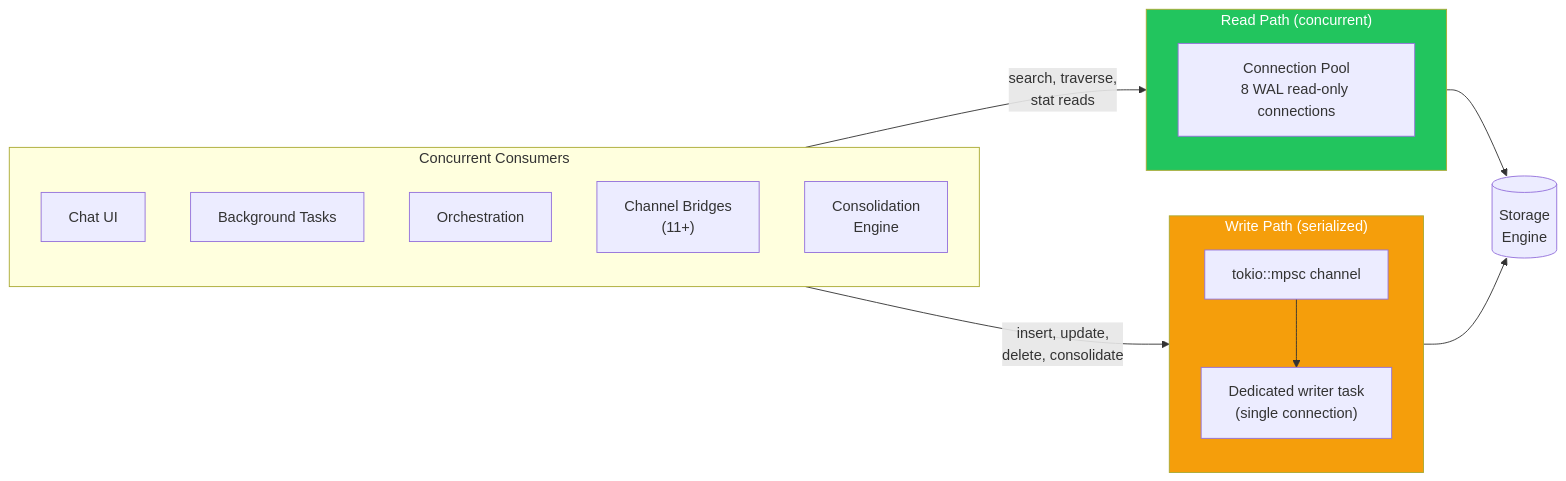
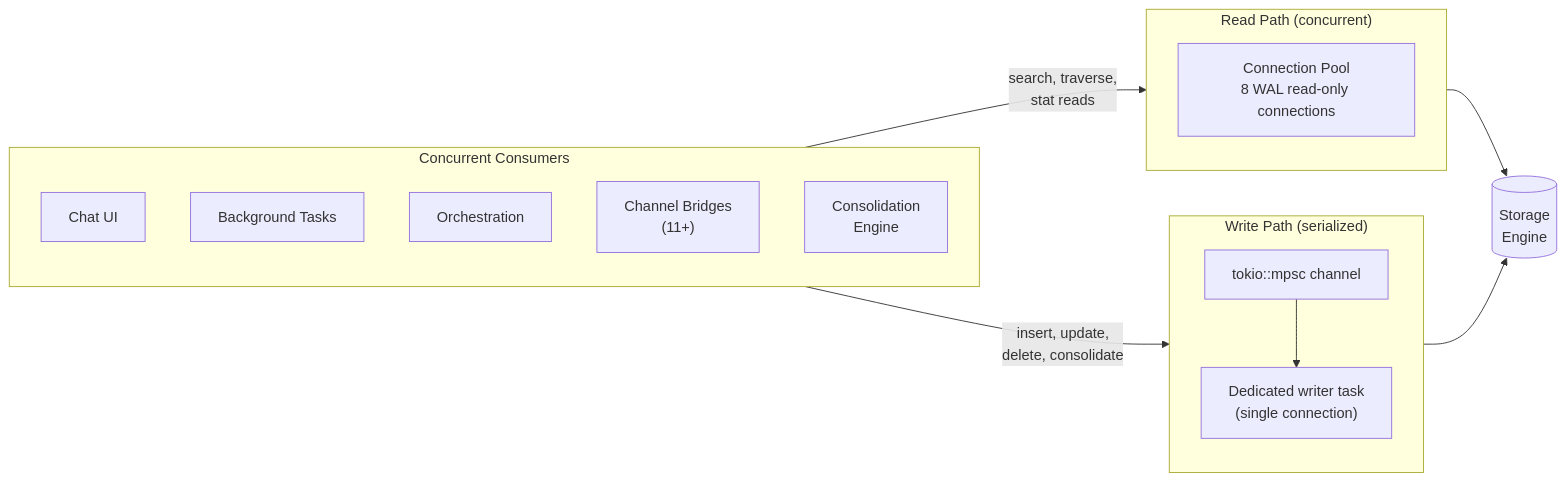
Before and after one commit to elisplash/paw: diagram 15 of 18 in ENGRAM.md, drawn with Mermaid. The commit also changed other lines of this file, not shown here.

Commit message:
docs: add mermaid diagrams throughout ENGRAM.md for visual improvement

````diff
--- a/ENGRAM.md
+++ b/ENGRAM.md
@@ -1203,31 +1175,29 @@
 ```mermaid
 flowchart LR
     subgraph Consumers["Concurrent Consumers"]
         direction TB
         C1["Chat UI"]
         C2["Background Tasks"]
         C3["Orchestration"]
         C4["Channel Bridges\n(11+)"]
         C5["Consolidation\nEngine"]
     end
 
     subgraph ReadPath["Read Path (concurrent)"]
         direction TB
         RP["Connection Pool\n8 WAL read-only connections"]
     end
 
     subgraph WritePath["Write Path (serialized)"]
         direction TB
         WC["tokio::mpsc channel"]
         WC --> WT["Dedicated writer task\n(single connection)"]
     end
 
     Consumers -- "search, traverse,\nstat reads" --> ReadPath
     Consumers -- "insert, update,\ndelete, consolidate" --> WritePath
 
     ReadPath --> DB[("Storage\nEngine")]
     WritePath --> DB
 
-    style ReadPath fill:#22c55e,color:#fff
-    style WritePath fill:#f59e0b,color:#fff
 ```
````
